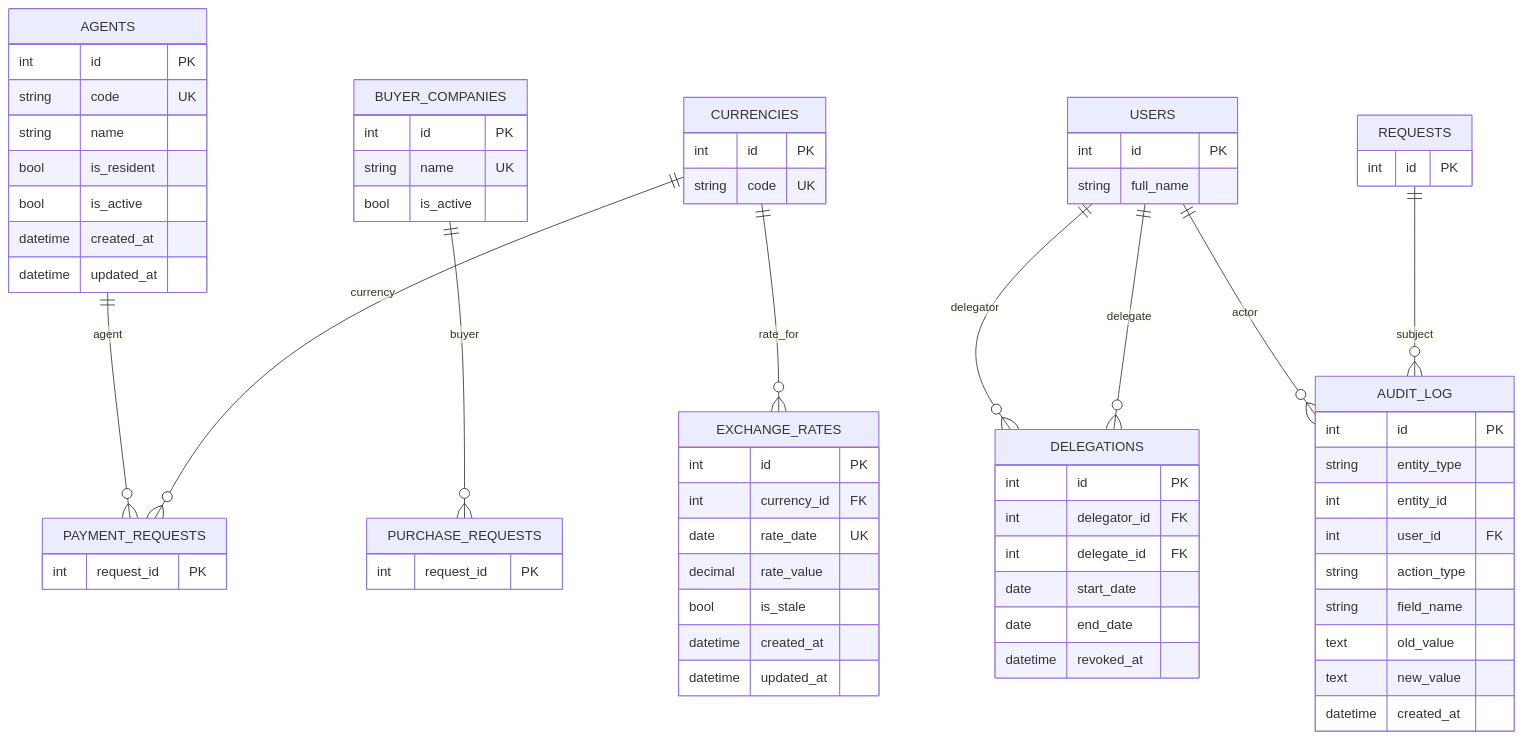
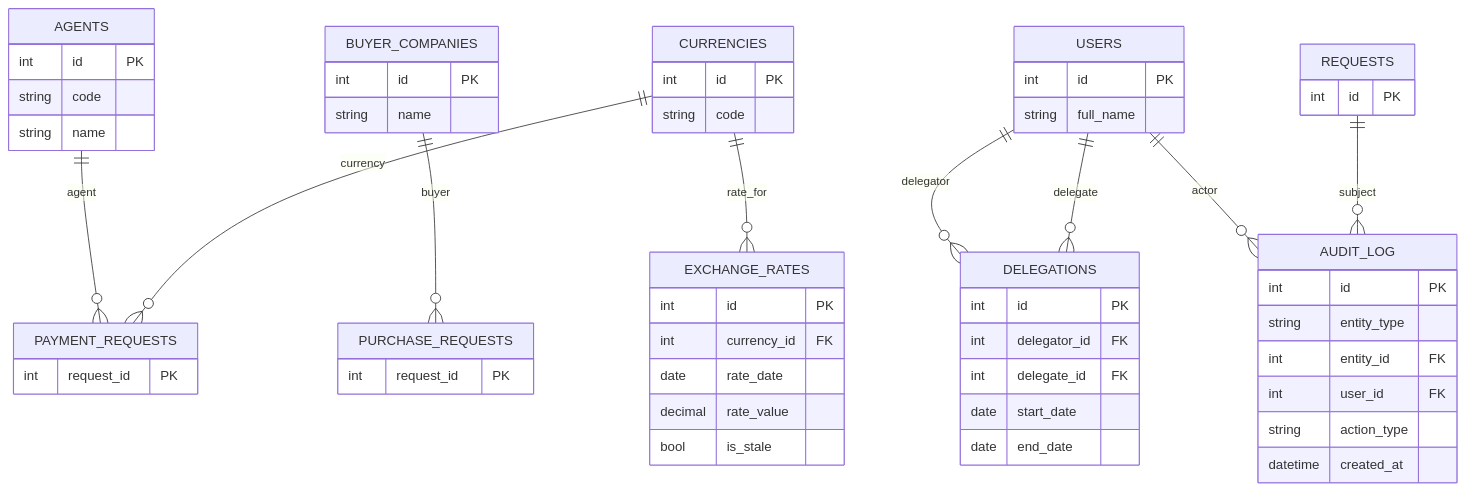
Before and after one commit to srg888/PayTracker_Vault: the second of 2 diagrams in 06. Данные/ER модель.md, drawn with Mermaid. The commit also changed other lines of this file and 5 other files, not shown here.

````diff
--- a/06. Данные/ER модель.md
+++ b/06. Данные/ER модель.md
@@ -131,71 +94,60 @@
 ```mermaid
 erDiagram
   AGENTS ||--o{ PAYMENT_REQUESTS : agent
   BUYER_COMPANIES ||--o{ PURCHASE_REQUESTS : buyer
   CURRENCIES ||--o{ PAYMENT_REQUESTS : currency
   CURRENCIES ||--o{ EXCHANGE_RATES : rate_for
   USERS ||--o{ DELEGATIONS : delegator
   USERS ||--o{ DELEGATIONS : delegate
   USERS ||--o{ AUDIT_LOG : actor
   REQUESTS ||--o{ AUDIT_LOG : subject
 
   AGENTS {
     int id PK
-    string code UK
+    string code
     string name
-    bool is_resident
-    bool is_active
-    datetime created_at
-    datetime updated_at
   }
   BUYER_COMPANIES {
     int id PK
-    string name UK
-    bool is_active
+    string name
   }
   CURRENCIES {
     int id PK
-    string code UK
+    string code
   }
   EXCHANGE_RATES {
     int id PK
     int currency_id FK
-    date rate_date UK
+    date rate_date
     decimal rate_value
     bool is_stale
-    datetime created_at
-    datetime updated_at
   }
   DELEGATIONS {
     int id PK
     int delegator_id FK
     int delegate_id FK
     date start_date
     date end_date
-    datetime revoked_at
   }
   AUDIT_LOG {
     int id PK
     string entity_type
-    int entity_id
+    int entity_id FK
     int user_id FK
     string action_type
-    string field_name
-    text old_value
-    text new_value
     datetime created_at
   }
   USERS {
     int id PK
     string full_name
   }
   PAYMENT_REQUESTS {
     int request_id PK
   }
   PURCHASE_REQUESTS {
     int request_id PK
   }
   REQUESTS {
     int id PK
   }
 ```
````
